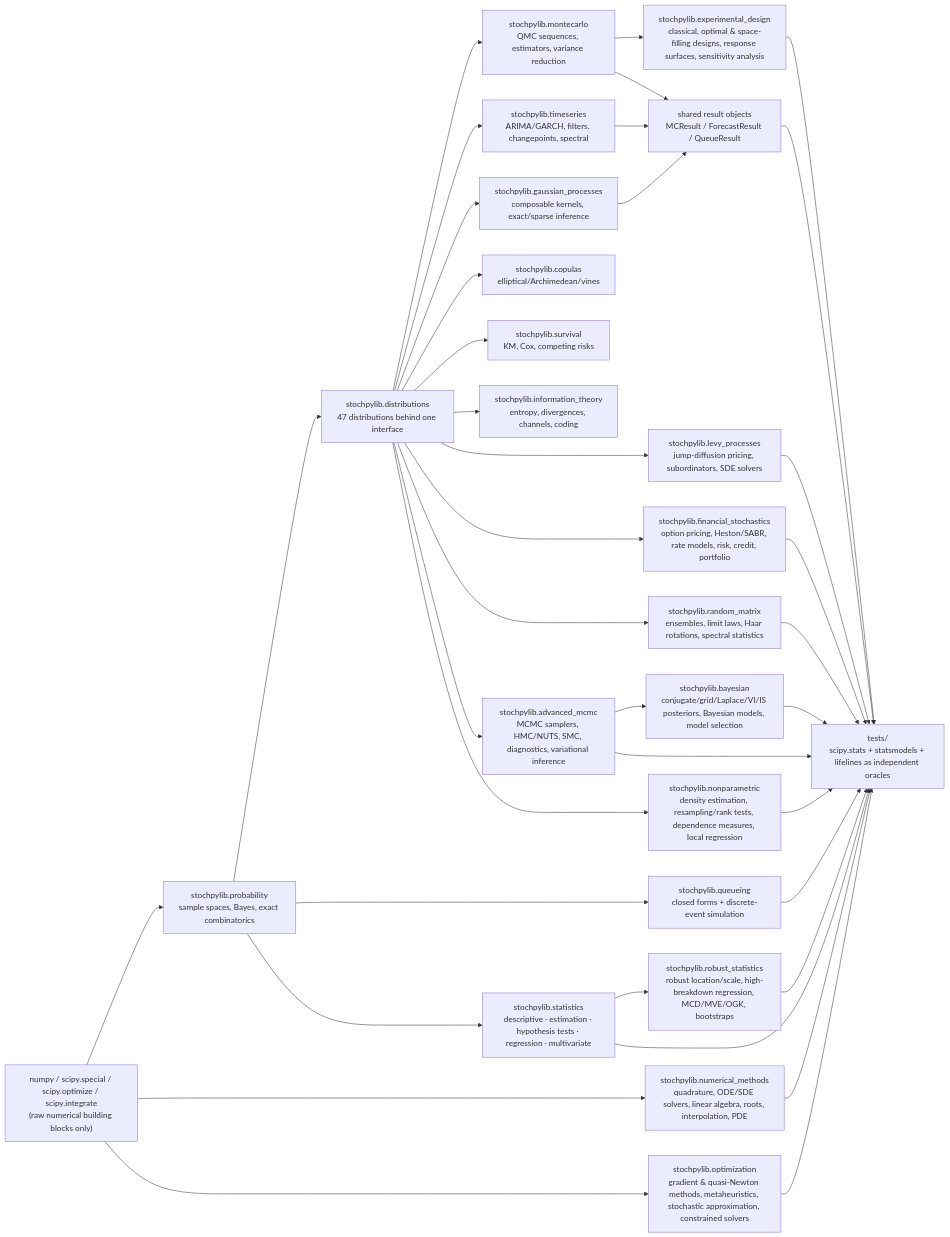
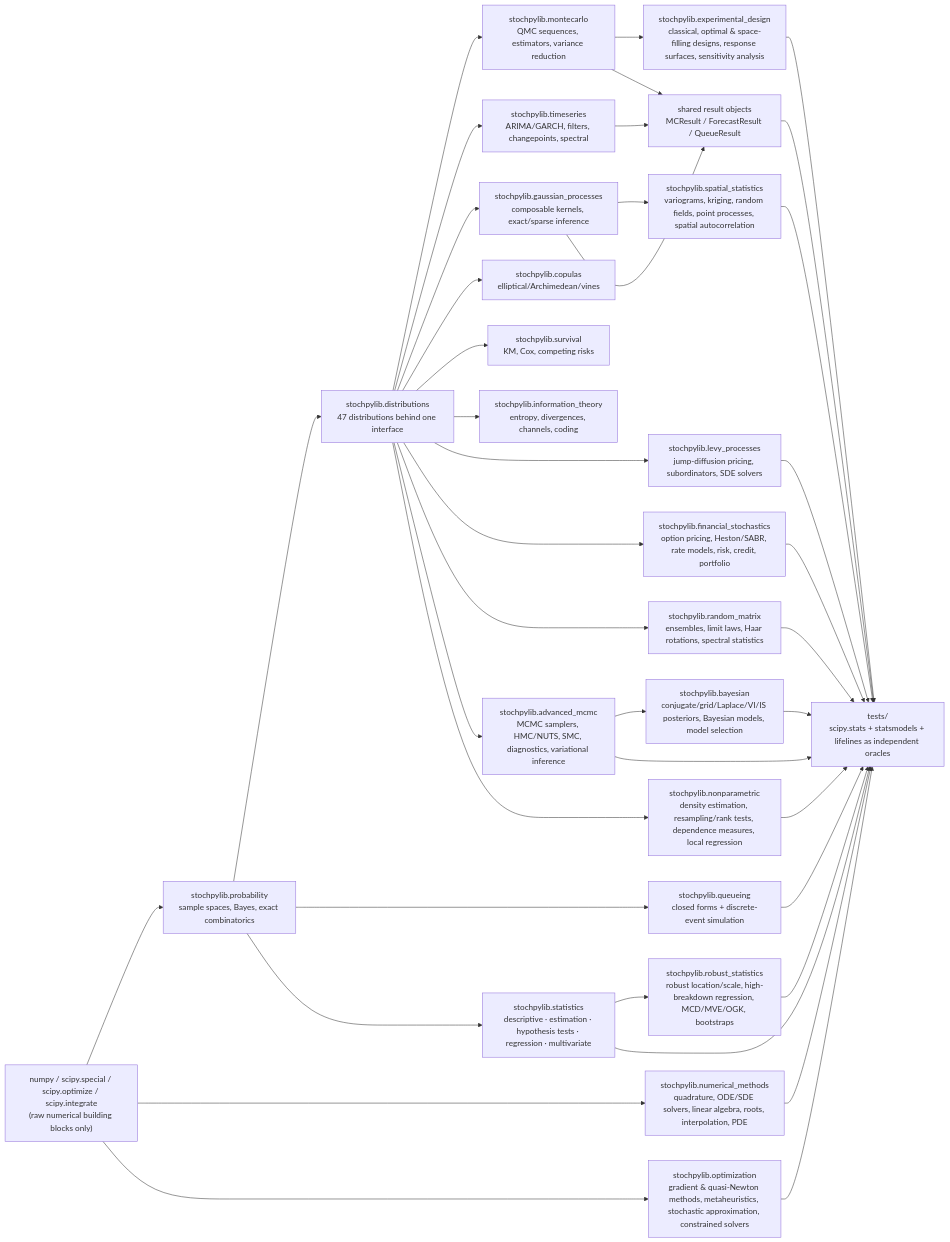
One commit to leon1706-lol/Stochpylib changed the first of 2 diagrams in README.md. Above: the diagram before and after it, drawn with Mermaid. The commit also changed other lines of this file and 45 other files, not shown here.

````diff
--- a/README.md
+++ b/README.md
@@ -291,39 +303,41 @@
 ```mermaid
 flowchart LR
     A["numpy / scipy.special / scipy.optimize / scipy.integrate<br/>(raw numerical building blocks only)"] --> B["stochpylib.probability<br/>sample spaces, Bayes, exact combinatorics"]
     B --> C["stochpylib.distributions<br/>47 distributions behind one interface"]
     C --> D["stochpylib.montecarlo<br/>QMC sequences, estimators, variance reduction"]
     C --> E["stochpylib.timeseries<br/>ARIMA/GARCH, filters, changepoints, spectral"]
     C --> F["stochpylib.gaussian_processes<br/>composable kernels, exact/sparse inference"]
     C --> G["stochpylib.copulas<br/>elliptical/Archimedean/vines"]
     C --> H["stochpylib.survival<br/>KM, Cox, competing risks"]
     B --> I["stochpylib.queueing<br/>closed forms + discrete-event simulation"]
     C --> J["stochpylib.information_theory<br/>entropy, divergences, channels, coding"]
     C --> M["stochpylib.levy_processes<br/>jump-diffusion pricing, subordinators, SDE solvers"]
     C --> N["stochpylib.financial_stochastics<br/>option pricing, Heston/SABR, rate models, risk, credit, portfolio"]
     B --> O["stochpylib.statistics<br/>descriptive · estimation · hypothesis tests · regression · multivariate"]
     C --> P["stochpylib.random_matrix<br/>ensembles, limit laws, Haar rotations, spectral statistics"]
     C --> Q["stochpylib.advanced_mcmc<br/>MCMC samplers, HMC/NUTS, SMC, diagnostics, variational inference"]
     A --> R["stochpylib.numerical_methods<br/>quadrature, ODE/SDE solvers, linear algebra, roots, interpolation, PDE"]
     Q --> S["stochpylib.bayesian<br/>conjugate/grid/Laplace/VI/IS posteriors, Bayesian models, model selection"]
     O --> T["stochpylib.robust_statistics<br/>robust location/scale, high-breakdown regression, MCD/MVE/OGK, bootstraps"]
     C --> U["stochpylib.nonparametric<br/>density estimation, resampling/rank tests, dependence measures, local regression"]
     A --> V["stochpylib.optimization<br/>gradient & quasi-Newton methods, metaheuristics, stochastic approximation, constrained solvers"]
     D --> W["stochpylib.experimental_design<br/>classical, optimal & space-filling designs, response surfaces, sensitivity analysis"]
+    F --> X["stochpylib.spatial_statistics<br/>variograms, kriging, random fields, point processes, spatial autocorrelation"]
     D --> K["shared result objects<br/>MCResult / ForecastResult / QueueResult"]
     E --> K
     F --> K
     K --> L["tests/<br/>scipy.stats + statsmodels + lifelines as independent oracles"]
     I --> L
     M --> L
     N --> L
     O --> L
     P --> L
     Q --> L
     R --> L
     S --> L
     T --> L
     U --> L
     V --> L
     W --> L
+    X --> L
 ```
````
